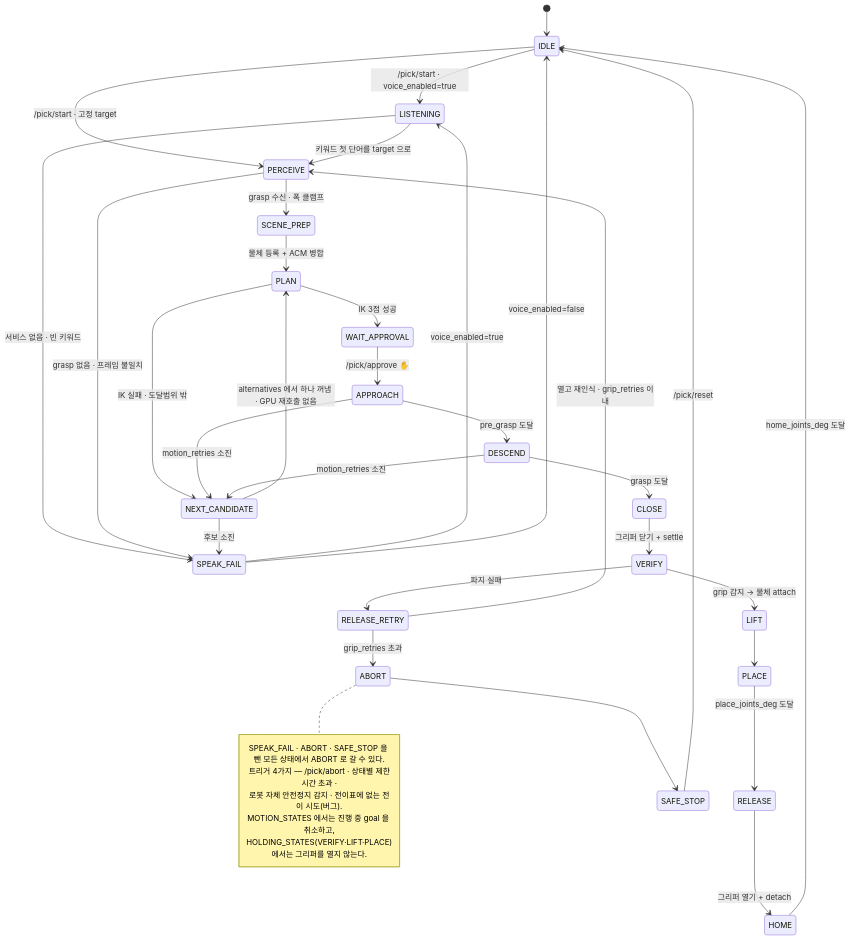
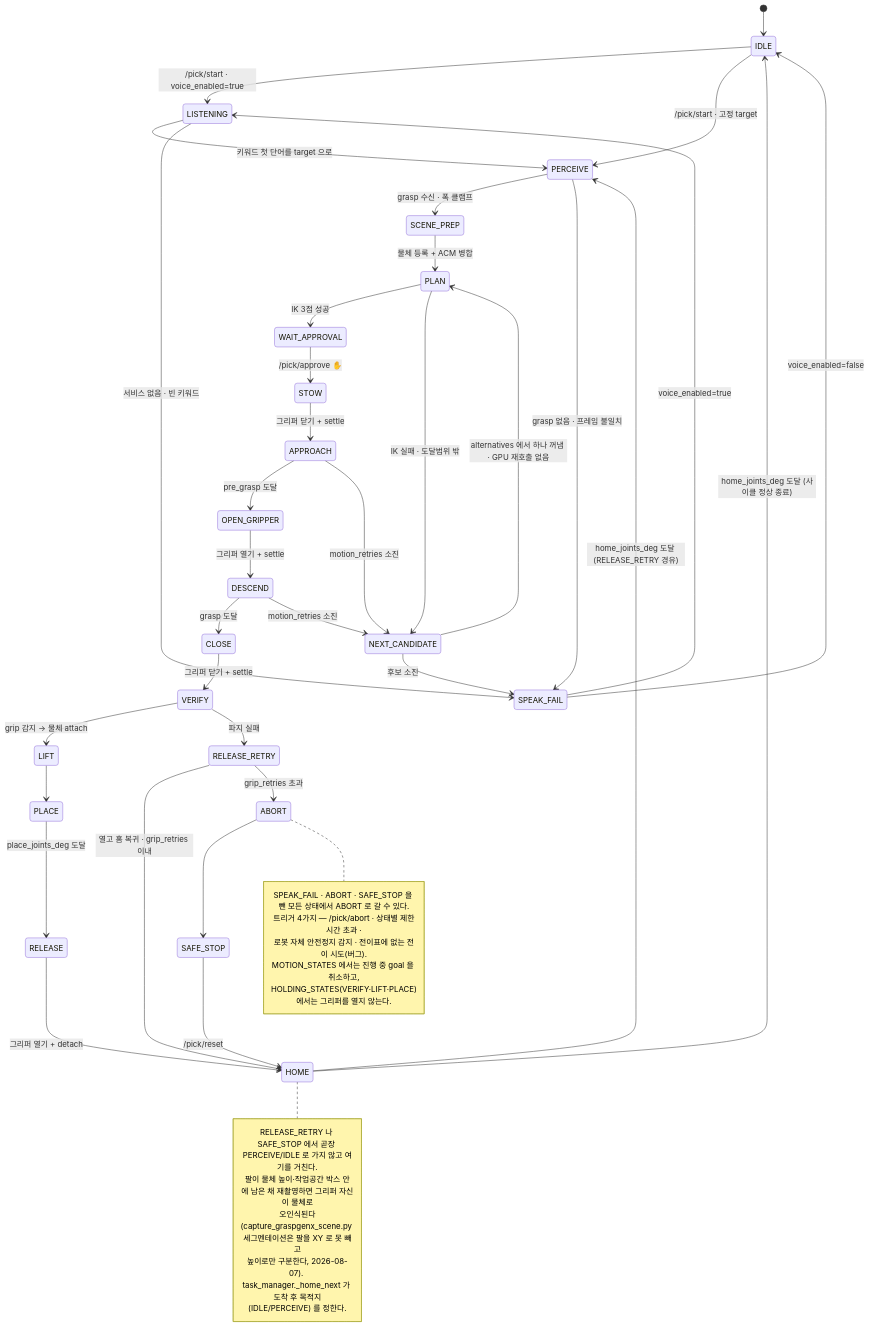
Before and after one commit to gwanhuiGIM/Rokey_cobot2_ws: the second of 2 diagrams in src/pick_fsm/README.md, drawn with Mermaid. The commit also changed other lines of this file and 13 other files, not shown here.

````diff
--- a/src/pick_fsm/README.md
+++ b/src/pick_fsm/README.md
@@ -48,46 +48,57 @@
 ```mermaid
 stateDiagram-v2
     [*] --> IDLE
 
     IDLE --> LISTENING : /pick/start · voice_enabled=true
     IDLE --> PERCEIVE : /pick/start · 고정 target
     LISTENING --> PERCEIVE : 키워드 첫 단어를 target 으로
     LISTENING --> SPEAK_FAIL : 서비스 없음 · 빈 키워드
     PERCEIVE --> SCENE_PREP : grasp 수신 · 폭 클램프
     PERCEIVE --> SPEAK_FAIL : grasp 없음 · 프레임 불일치
     SCENE_PREP --> PLAN : 물체 등록 + ACM 병합
     PLAN --> WAIT_APPROVAL : IK 3점 성공
-    WAIT_APPROVAL --> APPROACH : /pick/approve ✋
+    WAIT_APPROVAL --> STOW : /pick/approve ✋
+    STOW --> APPROACH : 그리퍼 닫기 + settle
 
-    APPROACH --> DESCEND : pre_grasp 도달
+    APPROACH --> OPEN_GRIPPER : pre_grasp 도달
+    OPEN_GRIPPER --> DESCEND : 그리퍼 열기 + settle
     DESCEND --> CLOSE : grasp 도달
     CLOSE --> VERIFY : 그리퍼 닫기 + settle
     VERIFY --> LIFT : grip 감지 → 물체 attach
     LIFT --> PLACE
     PLACE --> RELEASE : place_joints_deg 도달
     RELEASE --> HOME : 그리퍼 열기 + detach
-    HOME --> IDLE : home_joints_deg 도달
+    HOME --> IDLE : home_joints_deg 도달 (사이클 정상 종료)
+    HOME --> PERCEIVE : home_joints_deg 도달 (RELEASE_RETRY 경유)
 
     PLAN --> NEXT_CANDIDATE : IK 실패 · 도달범위 밖
     APPROACH --> NEXT_CANDIDATE : motion_retries 소진
     DESCEND --> NEXT_CANDIDATE : motion_retries 소진
     NEXT_CANDIDATE --> PLAN : alternatives 에서 하나 꺼냄 · GPU 재호출 없음
     NEXT_CANDIDATE --> SPEAK_FAIL : 후보 소진
 
     VERIFY --> RELEASE_RETRY : 파지 실패
-    RELEASE_RETRY --> PERCEIVE : 열고 재인식 · grip_retries 이내
+    RELEASE_RETRY --> HOME : 열고 홈 복귀 · grip_retries 이내
     RELEASE_RETRY --> ABORT : grip_retries 초과
 
     SPEAK_FAIL --> LISTENING : voice_enabled=true
     SPEAK_FAIL --> IDLE : voice_enabled=false
     ABORT --> SAFE_STOP
-    SAFE_STOP --> IDLE : /pick/reset
+    SAFE_STOP --> HOME : /pick/reset
+
+    note right of HOME
+        RELEASE_RETRY 나 SAFE_STOP 에서 곧장 PERCEIVE/IDLE 로 가지 않고 여기를 거친다.
+        팔이 물체 높이·작업공간 박스 안에 남은 채 재촬영하면 그리퍼 자신이 물체로
+        오인식된다(capture_graspgenx_scene.py 세그멘테이션은 팔을 XY 로 못 빼고
+        높이로만 구분한다, 2026-08-07). task_manager._home_next 가 도착 후 목적지
+        (IDLE/PERCEIVE) 를 정한다.
+    end note
 
     note right of ABORT
         SPEAK_FAIL · ABORT · SAFE_STOP 을 뺀 모든 상태에서 ABORT 로 갈 수 있다.
         트리거 4가지 — /pick/abort · 상태별 제한시간 초과 ·
         로봇 자체 안전정지 감지 · 전이표에 없는 전이 시도(버그).
         MOTION_STATES 에서는 진행 중 goal 을 취소하고,
         HOLDING_STATES(VERIFY·LIFT·PLACE)에서는 그리퍼를 열지 않는다.
     end note
 ```
````
